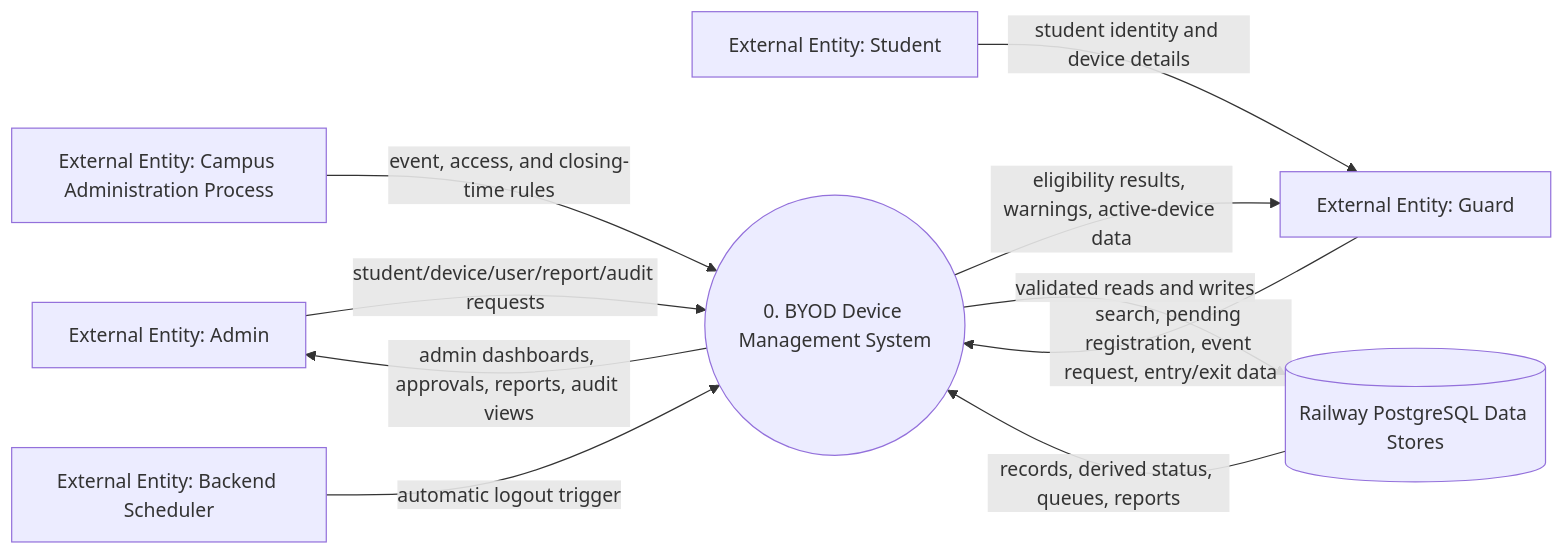
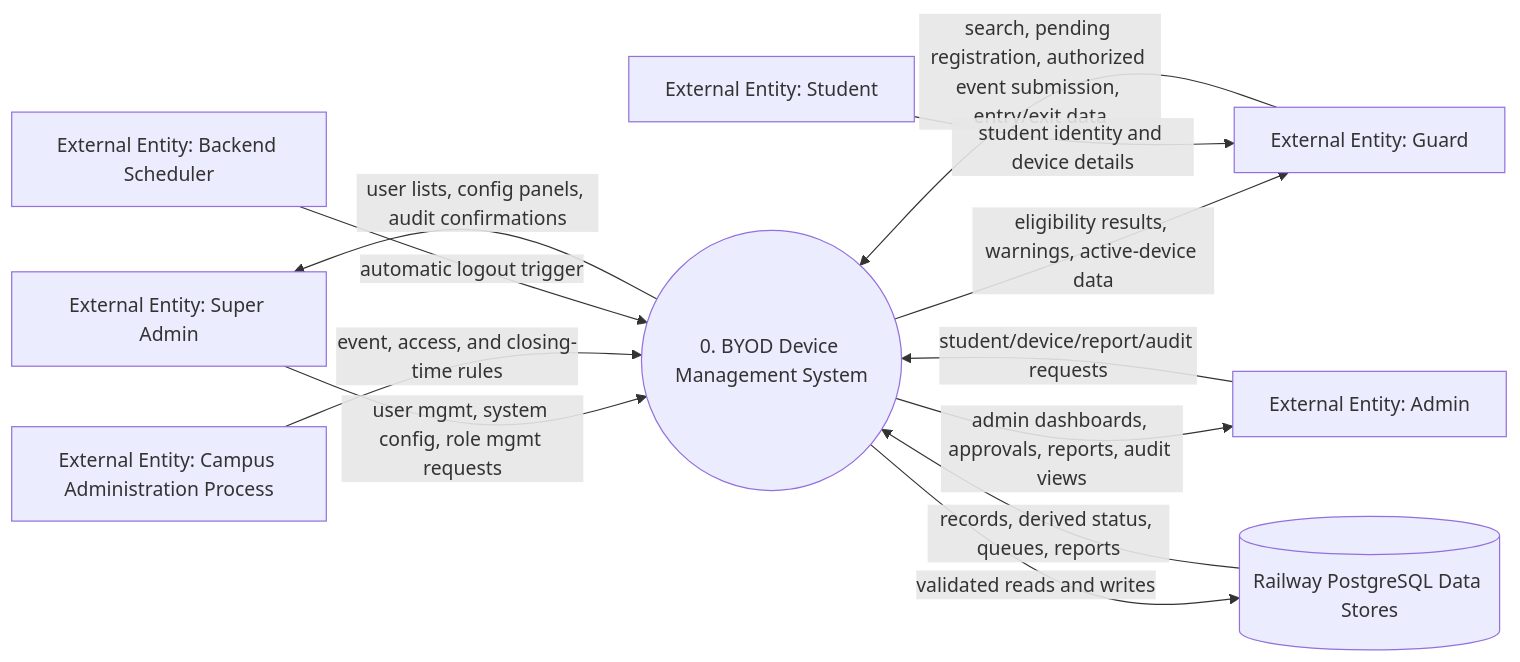
The first of 6 diagrams in docs/system-analysis/14-data-flow-diagrams.md (isnotfred/javafx-byod-client), drawn with Mermaid before and after one commit. The commit also changed other lines of this file and 48 other files, not shown here.

Commit message:
Update system analysis and architecture documentation

````diff
--- a/docs/system-analysis/14-data-flow-diagrams.md
+++ b/docs/system-analysis/14-data-flow-diagrams.md
@@ -24,20 +24,23 @@
 ```mermaid
 flowchart LR
+    SuperAdmin["External Entity: Super Admin"]
     Admin["External Entity: Admin"]
     Guard["External Entity: Guard"]
     Student["External Entity: Student"]
     Policy["External Entity: Campus Administration Process"]
     Scheduler["External Entity: Backend Scheduler"]
     System(("0. BYOD Device Management System"))
     DB[("Railway PostgreSQL Data Stores")]
 
-    Admin -->|"student/device/user/report/audit requests"| System
+    SuperAdmin -->|"user mgmt, system config, role mgmt requests"| System
+    System -->|"user lists, config panels, audit confirmations"| SuperAdmin
+    Admin -->|"student/device/report/audit requests"| System
     System -->|"admin dashboards, approvals, reports, audit views"| Admin
-    Guard -->|"search, pending registration, event request, entry/exit data"| System
+    Guard -->|"search, pending registration, authorized event submission, entry/exit data"| System
     System -->|"eligibility results, warnings, active-device data"| Guard
     Student -->|"student identity and device details"| Guard
     Policy -->|"event, access, and closing-time rules"| System
     Scheduler -->|"automatic logout trigger"| System
     System -->|"validated reads and writes"| DB
     DB -->|"records, derived status, queues, reports"| System
 ```
````
